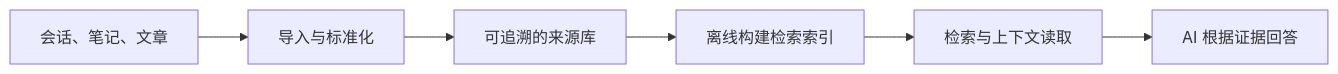
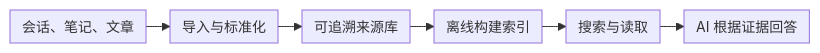
Before and after one commit to def-a-name/learn-corpus: the diagram in README.md, drawn with Mermaid. The commit also changed other lines of this file and 8 other files, not shown here.

````diff
--- a/README.md
+++ b/README.md
@@ -18,8 +18,21 @@
 ```mermaid
+---
+config:
+  look: classic
+  layout: dagre
+  themeVariables:
+    fontSize: 14px
+  flowchart:
+    minNodeWidth: 0
+    wrappingWidth: 160
+    rankSpacing: 24
+    diagramPadding: 6
+    padding: 6
+---
 flowchart LR
     A["会话、笔记、文章"] --> B["导入与标准化"]
-    B --> C["可追溯的来源库"]
-    C --> D["离线构建检索索引"]
-    D --> E["检索与上下文读取"]
+    B --> C["可追溯来源库"]
+    C --> D["离线构建索引"]
+    D --> E["搜索与读取"]
     E --> F["AI 根据证据回答"]
 ```
````
